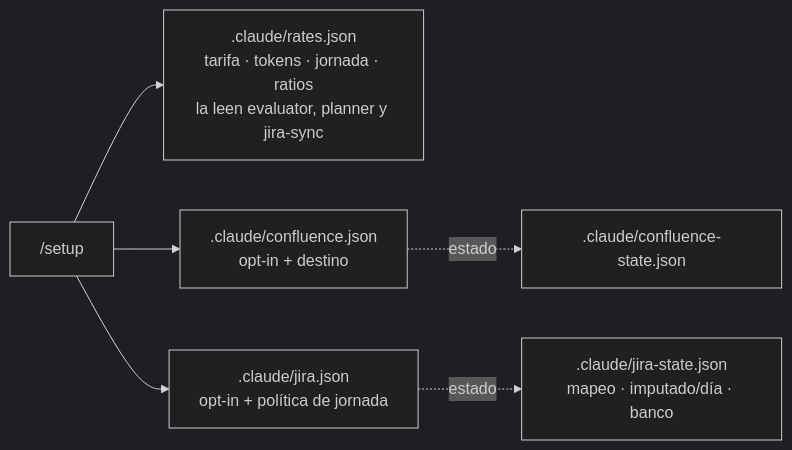
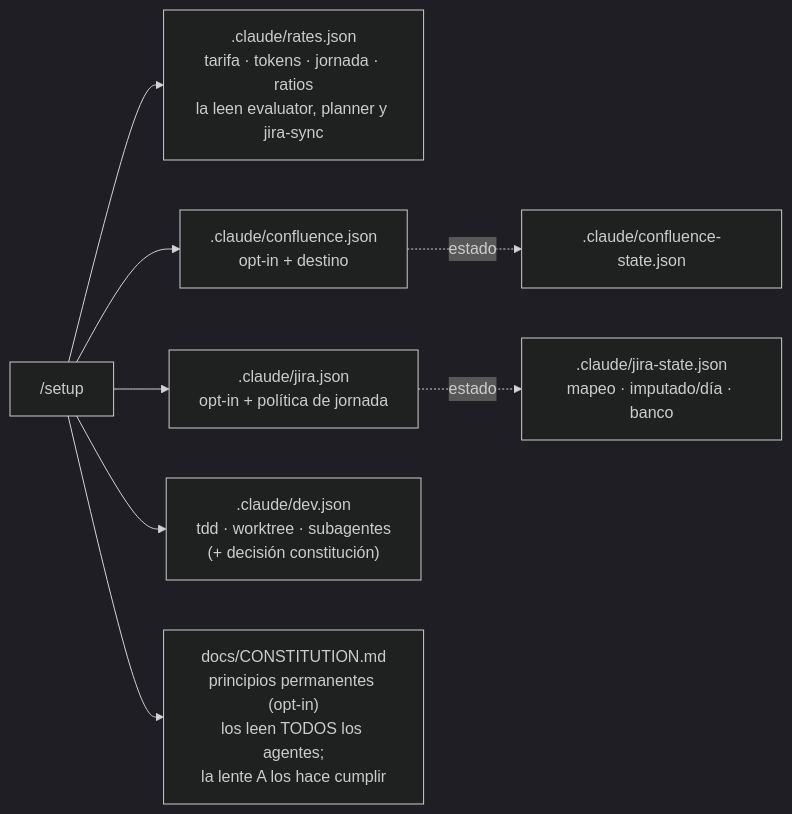
One commit to daycry/custom-agents changed the ninth of 9 diagrams in docs/FLOWS.md. Above: the diagram before and after it, drawn with Mermaid (dark theme). The commit also changed other lines of this file and 68 other files, not shown here.

````diff
--- a/docs/FLOWS.md
+++ b/docs/FLOWS.md
@@ -170,8 +172,10 @@
 ```mermaid
 flowchart LR
     A["/setup"] --> B[".claude/rates.json\ntarifa · tokens · jornada · ratios\nla leen evaluator, planner y jira-sync"]
     A --> C[".claude/confluence.json\nopt-in + destino"]
     A --> D[".claude/jira.json\nopt-in + política de jornada"]
+    A --> G[".claude/dev.json\ntdd · worktree · subagentes\n(+ decisión constitución)"]
+    A --> H["docs/CONSTITUTION.md\nprincipios permanentes (opt-in)\nlos leen TODOS los agentes;\nla lente A los hace cumplir"]
     C -.->|estado| E[".claude/confluence-state.json"]
     D -.->|estado| F[".claude/jira-state.json\nmapeo · imputado/día · banco"]
 ```
````
